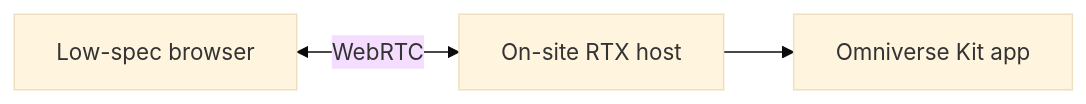
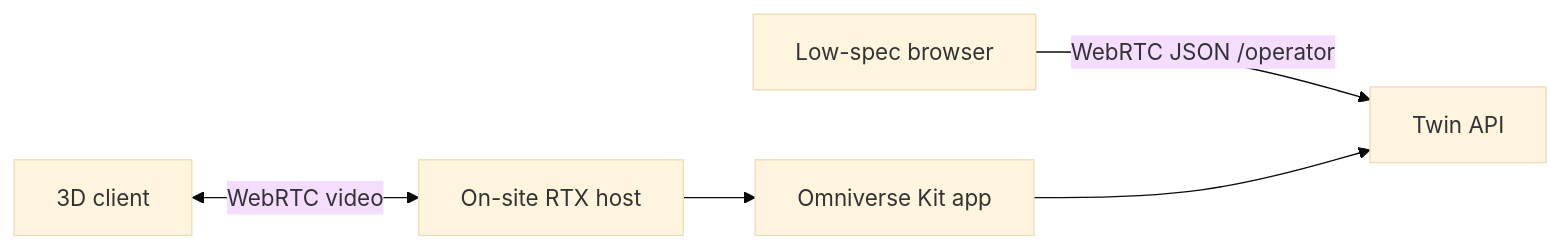
Before and after one commit to Hooneybadger/ColdDrawingDT: the diagram in docs/openusd-omniverse.md, drawn with Mermaid (base theme). The commit also changed other lines of this file and 14 other files, not shown here.

First line of the commit message:
feat(stream): serve operator WebRTC datachannel and Kit livestream apps

````diff
--- a/docs/openusd-omniverse.md
+++ b/docs/openusd-omniverse.md
@@ -83,5 +83,7 @@
 ```mermaid
 flowchart LR
-  browser[Low-spec browser] <-->|WebRTC| host[On-site RTX host]
+  browser[Low-spec browser] -->|"WebRTC JSON /operator"| api[Twin API]
+  browser2[3D client] <-->|WebRTC video| host[On-site RTX host]
   host --> kit[Omniverse Kit app]
+  kit --> api
 ```
````
